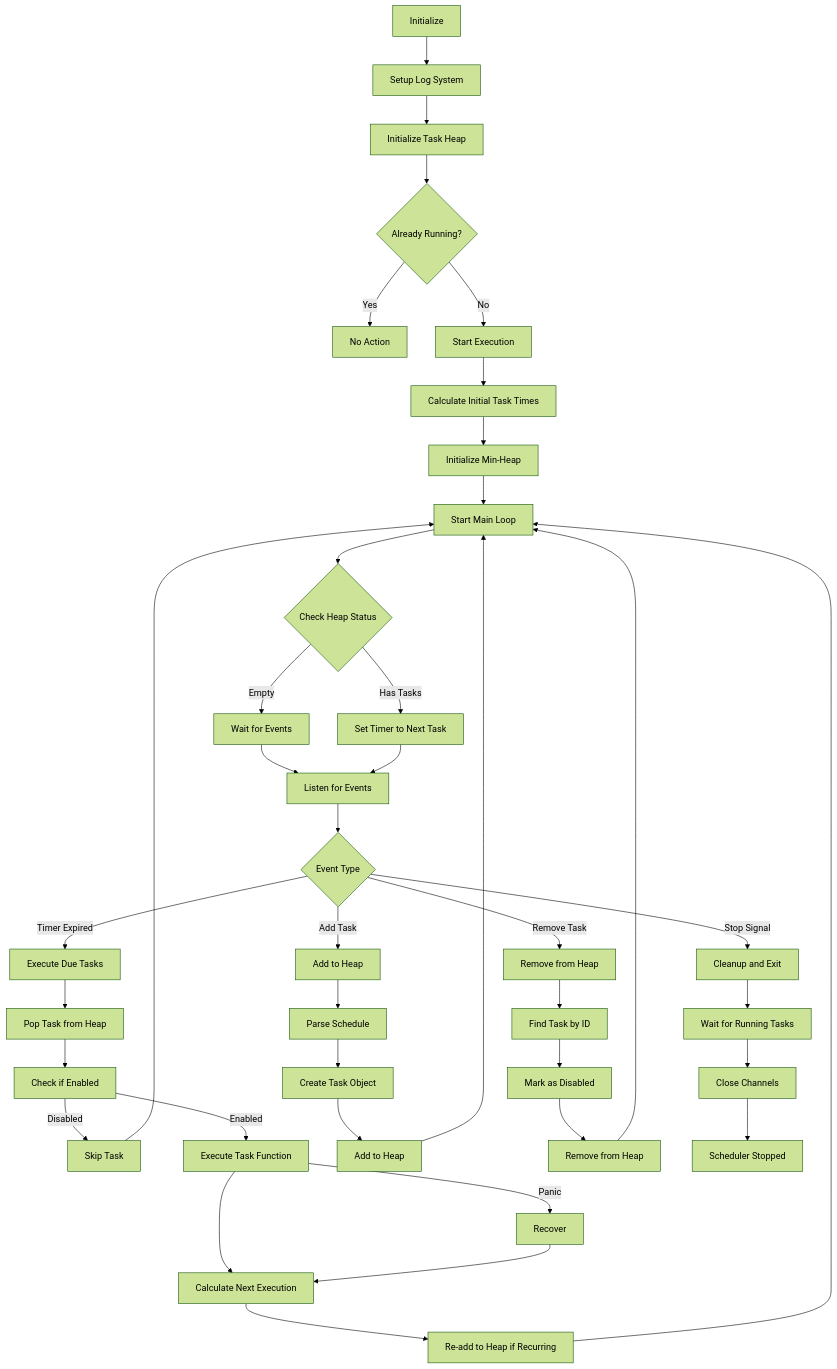
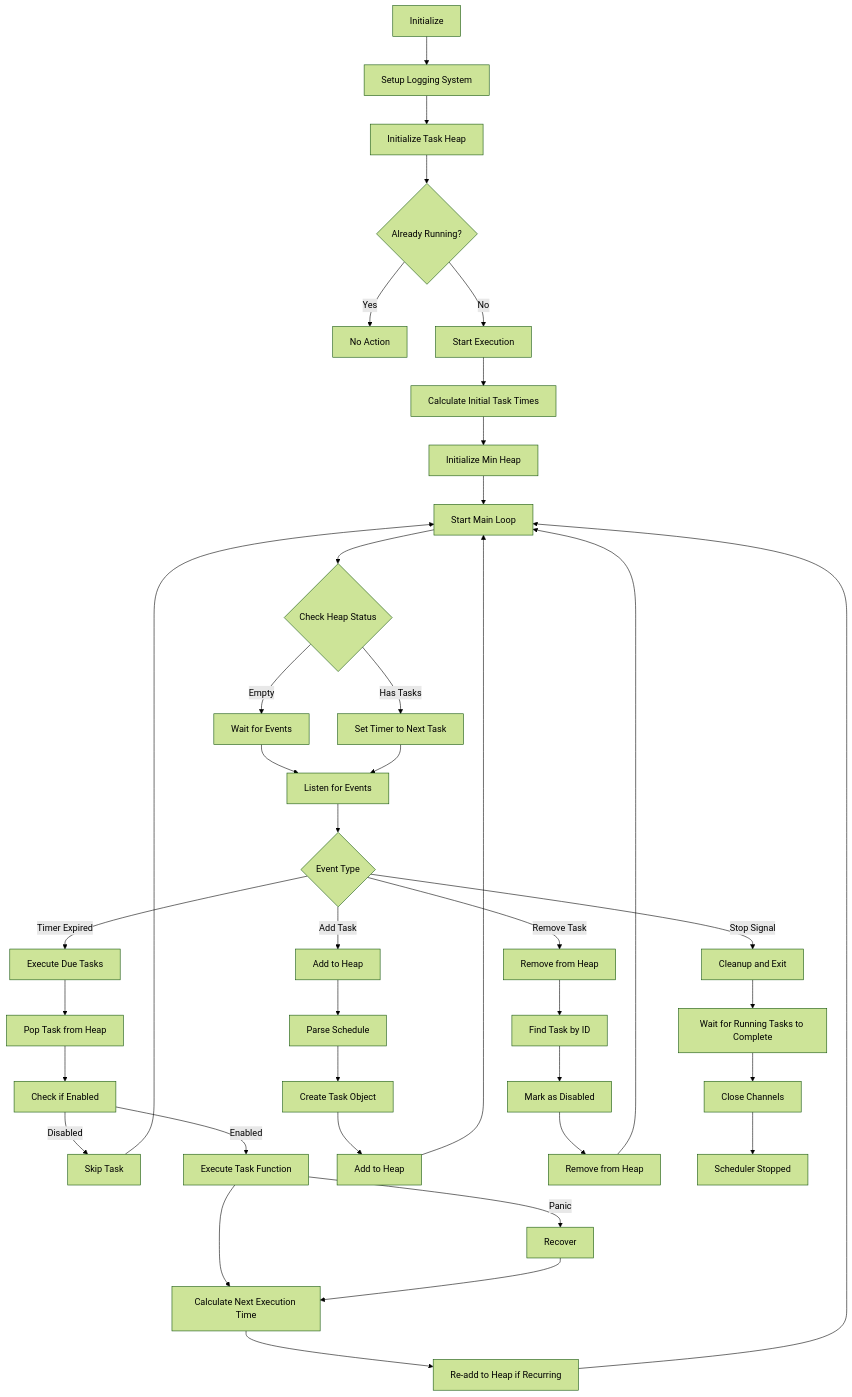
One commit to pardnchiu/go-scheduler changed the diagram in README.md. Above: the diagram before and after it, drawn with Mermaid (forest theme). The commit also changed other lines of this file and 5 other files, not shown here.

````diff
--- a/README.md
+++ b/README.md
@@ -20,51 +26,51 @@
 ```mermaid
 flowchart TD
-  A[Initialize] --> C[Setup Log System]
+  A[Initialize] --> C[Setup Logging System]
   C --> D[Initialize Task Heap]
   D --> H{Already Running?}
   H -->|Yes| I[No Action]
   H -->|No| J[Start Execution]
   
   J --> K[Calculate Initial Task Times]
-  K --> L[Initialize Min-Heap]
+  K --> L[Initialize Min Heap]
   L --> M[Start Main Loop]
   
   M --> N{Check Heap Status}
   N -->|Empty| O[Wait for Events]
   N -->|Has Tasks| P[Set Timer to Next Task]
   
   O --> Q[Listen for Events]
   P --> Q
   
   Q --> R{Event Type}
   R -->|Timer Expired| S[Execute Due Tasks]
   R -->|Add Task| T[Add to Heap]
   R -->|Remove Task| U[Remove from Heap]
   R -->|Stop Signal| V[Cleanup and Exit]
   
   S --> W[Pop Task from Heap]
   W --> X[Check if Enabled]
   X -->|Disabled| Y[Skip Task]
   X -->|Enabled| BB[Execute Task Function]
-  BB --> DD[Calculate Next Execution]
+  BB --> DD[Calculate Next Execution Time]
   BB -->|Panic| CC[Recover]
-  CC --> DD[Calculate Next Execution]
+  CC --> DD[Calculate Next Execution Time]
   DD --> EE[Re-add to Heap if Recurring]
   
   T --> FF[Parse Schedule]
   FF --> GG[Create Task Object]
   GG --> HH[Add to Heap]
   
   U --> II[Find Task by ID]
   II --> JJ[Mark as Disabled]
   JJ --> KK[Remove from Heap]
   
   Y --> M
   EE --> M
   HH --> M
   KK --> M
   
-  V --> LL[Wait for Running Tasks]
+  V --> LL[Wait for Running Tasks to Complete]
   LL --> MM[Close Channels]
   MM --> NN[Scheduler Stopped]
 ```
````
